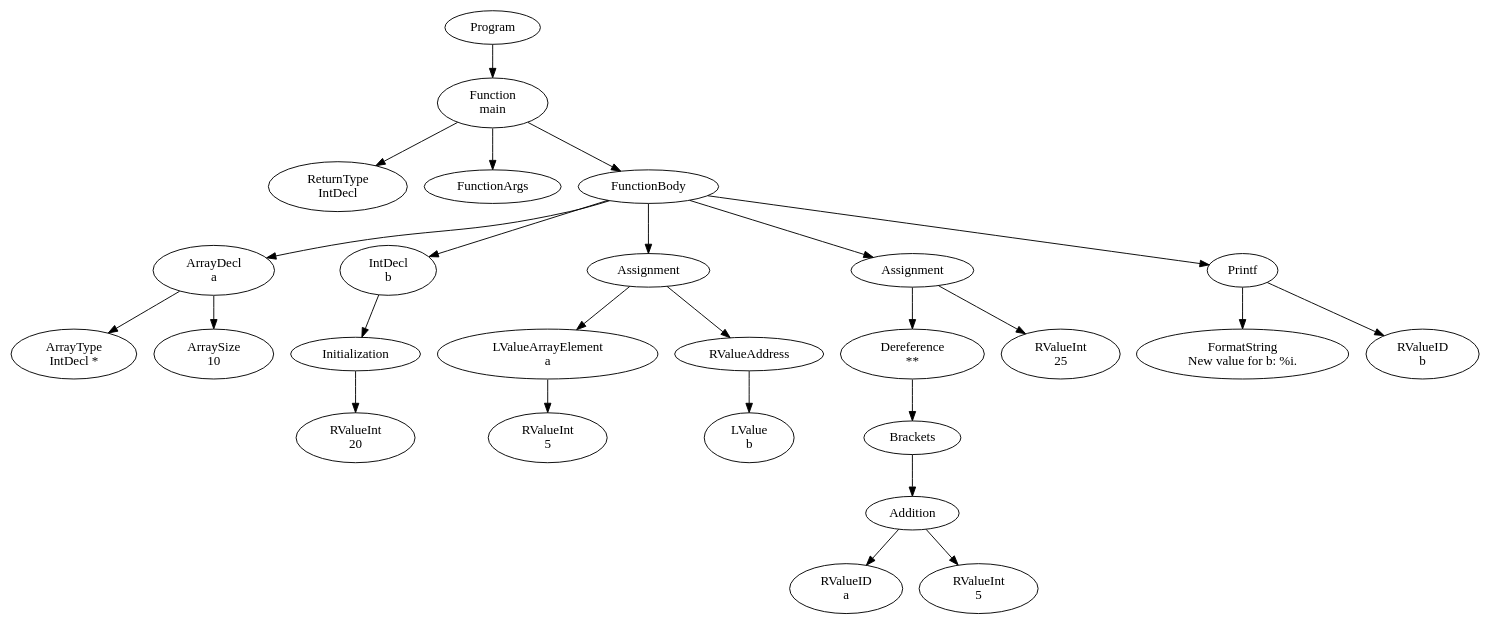
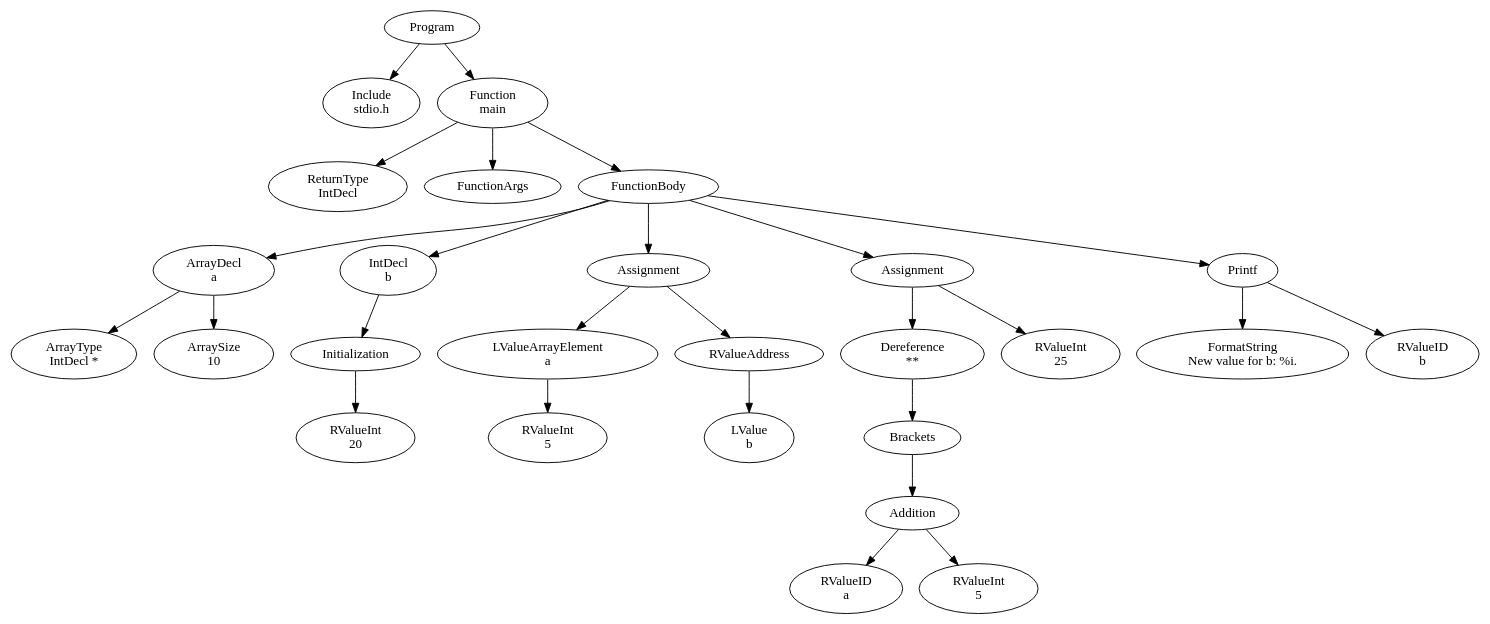
Before and after one commit to FedericoQuin/Compilers: the diagram in official/res/solutions/advanced_pointers1.dot, drawn with Graphviz. The commit also changed 5 other files, not shown here.

```diff
--- a/official/res/solutions/advanced_pointers1.dot
+++ b/official/res/solutions/advanced_pointers1.dot
@@ -1,53 +1,55 @@
 digraph AST {
-1 [label="Program"];
-2 [label="Function \nmain"];
-3 [label="ReturnType \nIntDecl"];
-4 [label="FunctionArgs"];
-5 [label="FunctionBody"];
-6 [label="ArrayDecl \na"];
-7 [label="ArrayType \nIntDecl *"];
-8 [label="ArraySize \n10"];
-6 -> 7;
-6 -> 8;
-9 [label="IntDecl \nb"];
-10 [label="Initialization"];
-11 [label="RValueInt \n20"];
-10 -> 11;
-9 -> 10;
-12 [label="Assignment"];
-13 [label="LValueArrayElement \na"];
-14 [label="RValueInt \n5"];
-13 -> 14;
-15 [label="RValueAddress"];
-16 [label="LValue \nb"];
+2 [label="Program"];
+3 [label="Include \nstdio.h"];
+4 [label="Function \nmain"];
+5 [label="ReturnType \nIntDecl"];
+6 [label="FunctionArgs"];
+7 [label="FunctionBody"];
+8 [label="ArrayDecl \na"];
+9 [label="ArrayType \nIntDecl *"];
+10 [label="ArraySize \n10"];
+8 -> 9;
+8 -> 10;
+11 [label="IntDecl \nb"];
+12 [label="Initialization"];
+13 [label="RValueInt \n20"];
+12 -> 13;
+11 -> 12;
+14 [label="Assignment"];
+15 [label="LValueArrayElement \na"];
+16 [label="RValueInt \n5"];
 15 -> 16;
-12 -> 13;
-12 -> 15;
-17 [label="Assignment"];
-18 [label="Dereference \n**"];
-19 [label="Brackets"];
-20 [label="Addition"];
-21 [label="RValueID \na"];
-22 [label="RValueInt \n5"];
+17 [label="RValueAddress"];
+18 [label="LValue \nb"];
+17 -> 18;
+14 -> 15;
+14 -> 17;
+19 [label="Assignment"];
+20 [label="Dereference \n**"];
+21 [label="Brackets"];
+22 [label="Addition"];
+23 [label="RValueID \na"];
+24 [label="RValueInt \n5"];
+22 -> 23;
+22 -> 24;
+21 -> 22;
 20 -> 21;
-20 -> 22;
+25 [label="RValueInt \n25"];
 19 -> 20;
-18 -> 19;
-23 [label="RValueInt \n25"];
-17 -> 18;
-17 -> 23;
-24 [label="Printf"];
-25 [label="FormatString \nNew value for b: %i.\n"];
-26 [label="RValueID \nb"];
-24 -> 25;
-24 -> 26;
-5 -> 6;
-5 -> 9;
-5 -> 12;
-5 -> 17;
-5 -> 24;
+19 -> 25;
+26 [label="Printf"];
+27 [label="FormatString \nNew value for b: %i.\n"];
+28 [label="RValueID \nb"];
+26 -> 27;
+26 -> 28;
+7 -> 8;
+7 -> 11;
+7 -> 14;
+7 -> 19;
+7 -> 26;
+4 -> 5;
+4 -> 6;
+4 -> 7;
 2 -> 3;
 2 -> 4;
-2 -> 5;
-1 -> 2;
 }
```
